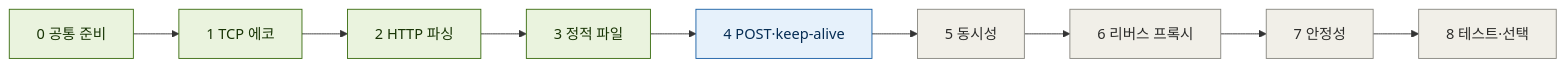
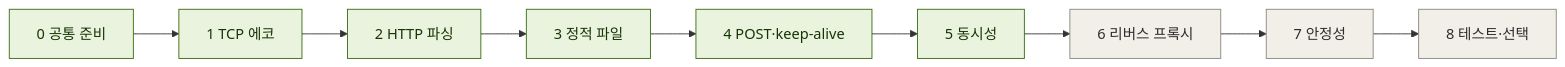
The diagram in docs/progress.md (hnjee/mini-webserver), drawn with Mermaid before and after one commit. The commit also changed other lines of this file and 22 other files, not shown here.

````diff
--- a/docs/progress.md
+++ b/docs/progress.md
@@ -7,13 +7,13 @@
 ```mermaid
 flowchart LR
     S0["0 공통 준비"] --> S1["1 TCP 에코"] --> S2["2 HTTP 파싱"] --> S3["3 정적 파일"] --> S4["4 POST·keep-alive"]
     S4 --> S5["5 동시성"] --> S6["6 리버스 프록시"] --> S7["7 안정성"] --> S8["8 테스트·선택"]
 
     classDef todo fill:#F1EFE8,stroke:#888780,color:#2C2C2A
     classDef doing fill:#E6F1FB,stroke:#185FA5,color:#042C53
     classDef done fill:#EAF3DE,stroke:#3B6D11,color:#173404
     classDef blocked fill:#FCEBEB,stroke:#A32D2D,color:#501313
     class S0,S1,S2,S3 done
-    class S4 doing
-    class S5,S6,S7,S8 todo
+    class S4,S5 done
+    class S6,S7,S8 todo
 ```
````
